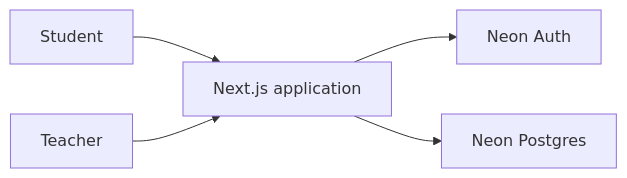
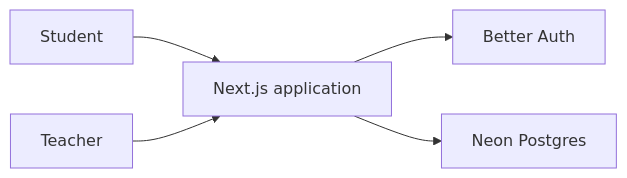
One commit to Asharp97/peerslot changed the first of 2 diagrams in README.md. Above: the diagram before and after it, drawn with Mermaid. The commit also changed other lines of this file and 13 other files, not shown here.

````diff
--- a/README.md
+++ b/README.md
@@ -100,13 +99,13 @@
 ```mermaid
 flowchart LR
     Student["Student"]
     Teacher["Teacher"]
     App["Next.js application"]
-    Auth["Neon Auth"]
+    Auth["Better Auth"]
     Database["Neon Postgres"]
 
     Student --> App
     Teacher --> App
     App --> Auth
     App --> Database
 ```
````
